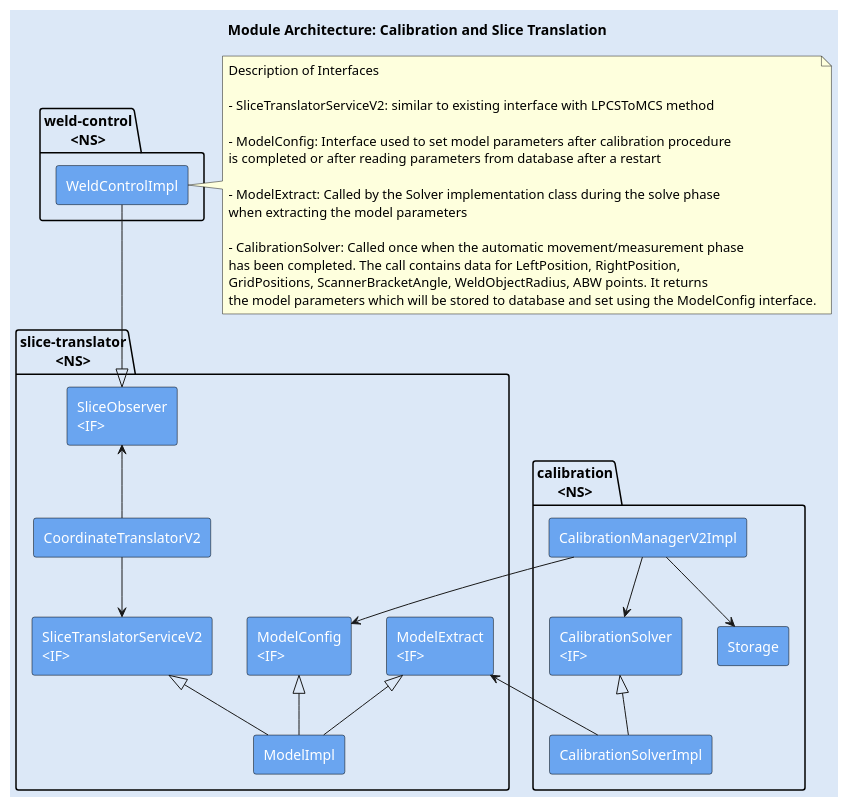
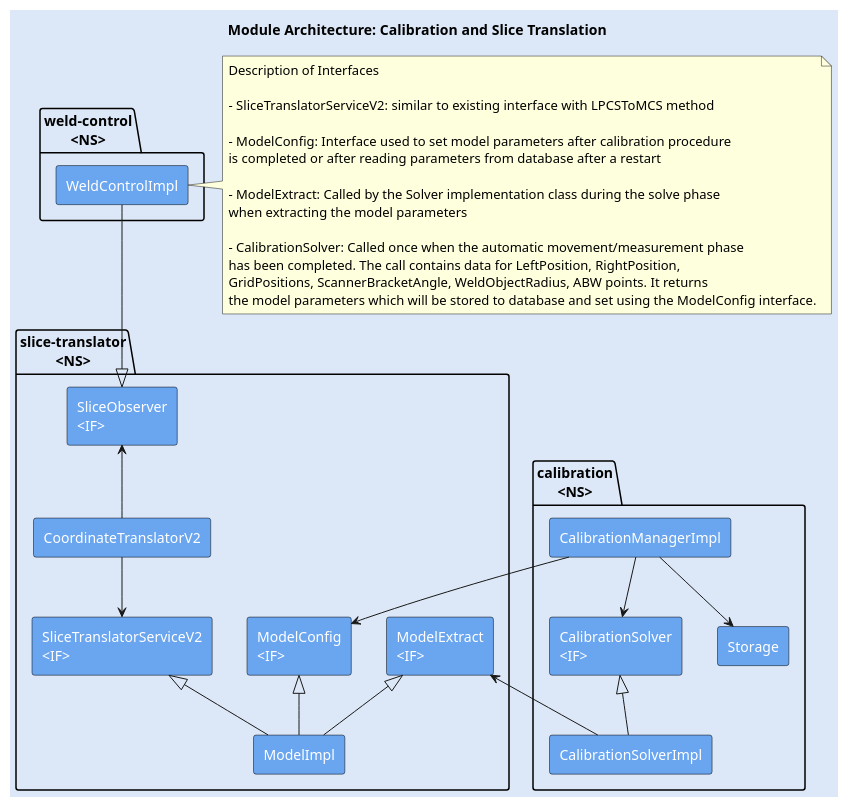
The diagram in adaptio/src/main/calibration/docs/calibration_class_diagram.md (usrk04134-droid/adapt), drawn with PlantUML before and after one commit. The commit also changed 172 other files, not shown here.

````diff
--- a/adaptio/src/main/calibration/docs/calibration_class_diagram.md
+++ b/adaptio/src/main/calibration/docs/calibration_class_diagram.md
@@ -3,72 +3,72 @@
 ```plantuml
 
 title Module Architecture: Calibration and Slice Translation
 
 skinparam backgroundColor #DCE8F7
 skinparam rectangle {
     BackgroundColor #6AA5F0
     BorderColor #000000
     FontColor #FFFFFF
 }
 skinparam package {
     BackgroundColor #DCE8F7
     BorderColor #000000
     FontColor #000000
 }
 
 ' Namespaces
 package "weld-control\n<NS>" {
     rectangle "WeldControlImpl" as WeldControlImpl
 }
 
 package "calibration\n<NS>" {
-    rectangle "CalibrationManagerV2Impl" as CalibrationManagerV2Impl
+    rectangle "CalibrationManagerImpl" as CalibrationManagerImpl
     rectangle "CalibrationSolver\n<IF>" as CalibrationSolver
     rectangle "CalibrationSolverImpl" as CalibrationSolverImpl
     rectangle "Storage" as Storage
 }
 
 package "slice-translator\n<NS>" {
     rectangle "SliceObserver\n<IF>" as SliceObserver
     rectangle "CoordinateTranslatorV2" as CoordinateTranslator
     rectangle "SliceTranslatorServiceV2\n<IF>" as SliceTranslatorServiceV2
     rectangle "ModelImpl" as ModelImpl
     rectangle "ModelConfig\n<IF>" as ModelConfig
     rectangle "ModelExtract\n<IF>" as ModelExtract
 }
 
 ' Relationships
 WeldControlImpl -down-|> SliceObserver
 
-CalibrationManagerV2Impl --> CalibrationSolver
-CalibrationManagerV2Impl --> Storage
-CalibrationManagerV2Impl --> ModelConfig
+CalibrationManagerImpl --> CalibrationSolver
+CalibrationManagerImpl --> Storage
+CalibrationManagerImpl --> ModelConfig
 CalibrationSolverImpl -up-|> CalibrationSolver
 CalibrationSolverImpl -up-> ModelExtract
 
 CoordinateTranslator -up-> SliceObserver
 CoordinateTranslator --> SliceTranslatorServiceV2
 ModelImpl -up-|> SliceTranslatorServiceV2
 ModelImpl -up-|> ModelConfig
 ModelImpl -up-|> ModelExtract
 
 ' Bottom note
 note right of WeldControlImpl
 Description of Interfaces
 
 - SliceTranslatorServiceV2: similar to existing interface with LPCSToMCS method
 
 - ModelConfig: Interface used to set model parameters after calibration procedure
 is completed or after reading parameters from database after a restart
 
 - ModelExtract: Called by the Solver implementation class during the solve phase
 when extracting the model parameters
 
 - CalibrationSolver: Called once when the automatic movement/measurement phase
 has been completed. The call contains data for LeftPosition, RightPosition,
 GridPositions, ScannerBracketAngle, WeldObjectRadius, ABW points. It returns
 the model parameters which will be stored to database and set using the ModelConfig interface.
 end note
 
 
 ```
````
